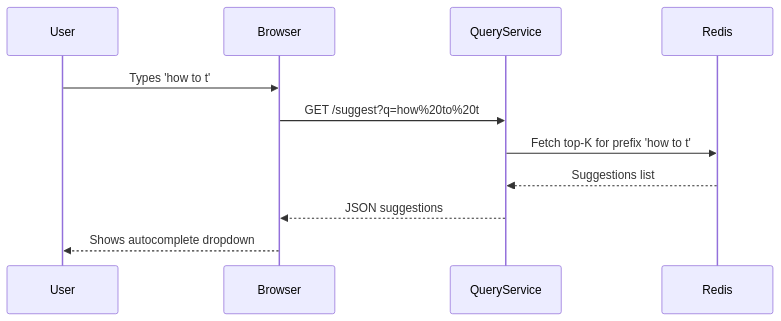
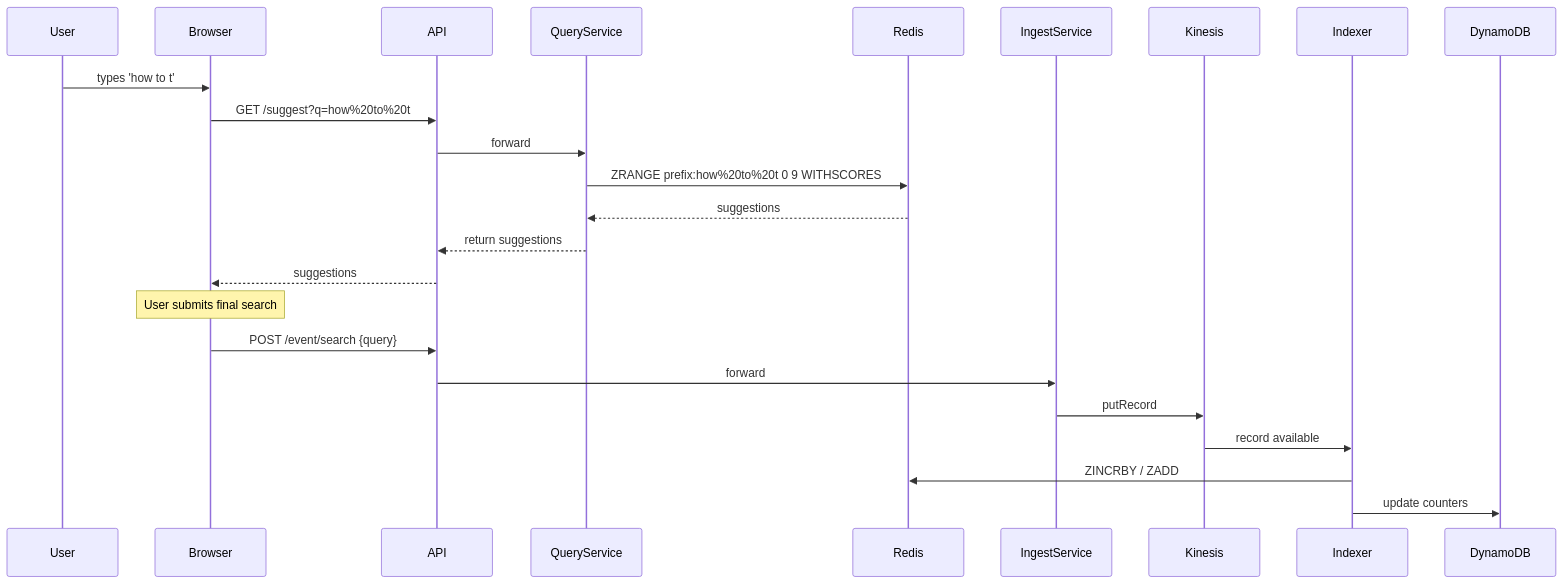
One commit to ankitsoni/SystemDesignProblems changed the third of 4 diagrams in AutocompleteSearchSuggestionSystem.md. Above: the diagram before and after it, drawn with Mermaid. The commit also changed other lines of this file, not shown here.

````diff
--- a/AutocompleteSearchSuggestionSystem.md
+++ b/AutocompleteSearchSuggestionSystem.md
@@ -149,14 +367,28 @@
 ```mermaid
 sequenceDiagram
     participant User
     participant Browser
+    participant API
     participant QueryService
     participant Redis
+    participant IngestService
+    participant Kinesis
+    participant Indexer
+    participant DynamoDB
 
-    User->>Browser: Types 'how to t'
-    Browser->>QueryService: GET /suggest?q=how%20to%20t
-    QueryService->>Redis: Fetch top-K for prefix 'how to t'
-    Redis-->>QueryService: Suggestions list
-    QueryService-->>Browser: JSON suggestions
-    Browser-->>User: Shows autocomplete dropdown
+    User->>Browser: types 'how to t'
+    Browser->>API: GET /suggest?q=how%20to%20t
+    API->>QueryService: forward
+    QueryService->>Redis: ZRANGE prefix:how%20to%20t 0 9 WITHSCORES
+    Redis-->>QueryService: suggestions
+    QueryService-->>API: return suggestions
+    API-->>Browser: suggestions
+
+    Note over Browser: User submits final search
+    Browser->>API: POST /event/search {query}
+    API->>IngestService: forward
+    IngestService->>Kinesis: putRecord
+    Kinesis->>Indexer: record available
+    Indexer->>Redis: ZINCRBY / ZADD
+    Indexer->>DynamoDB: update counters
 ```
````
